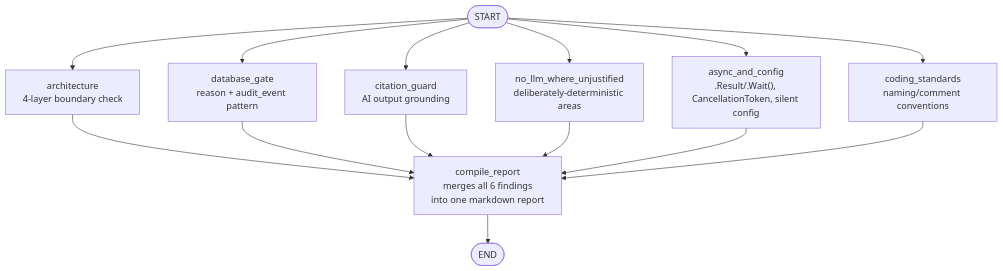
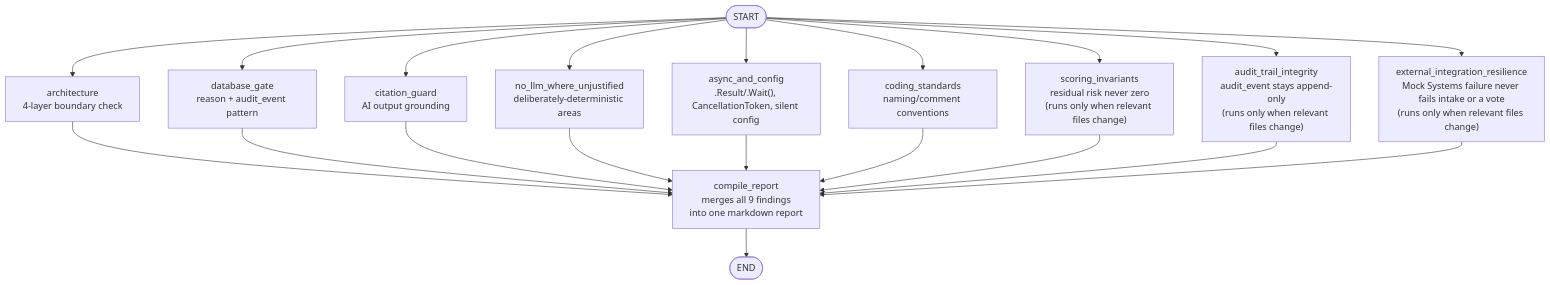
The second of 4 diagrams in docs/architecture/dev-harness.md (surajkoditala/humaid-risk-governance), drawn with Mermaid before and after one commit. The commit also changed other lines of this file and 4 other files, not shown here.

````diff
--- a/docs/architecture/dev-harness.md
+++ b/docs/architecture/dev-harness.md
@@ -48,18 +48,24 @@
 ```mermaid
 flowchart TB
     START(["START"]) --> N1["architecture<br/>4-layer boundary check"]
     START --> N2["database_gate<br/>reason + audit_event pattern"]
     START --> N3["citation_guard<br/>AI output grounding"]
     START --> N4["no_llm_where_unjustified<br/>deliberately-deterministic areas"]
     START --> N5["async_and_config<br/>.Result/.Wait(), CancellationToken, silent config"]
     START --> N6["coding_standards<br/>naming/comment conventions"]
+    START --> N7["scoring_invariants<br/>residual risk never zero<br/>(runs only when relevant files change)"]
+    START --> N8["audit_trail_integrity<br/>audit_event stays append-only<br/>(runs only when relevant files change)"]
+    START --> N9["external_integration_resilience<br/>Mock Systems failure never fails intake or a vote<br/>(runs only when relevant files change)"]
 
-    N1 --> COMPILE["compile_report<br/>merges all 6 findings<br/>into one markdown report"]
+    N1 --> COMPILE["compile_report<br/>merges all 9 findings<br/>into one markdown report"]
     N2 --> COMPILE
     N3 --> COMPILE
     N4 --> COMPILE
     N5 --> COMPILE
     N6 --> COMPILE
+    N7 --> COMPILE
+    N8 --> COMPILE
+    N9 --> COMPILE
 
     COMPILE --> END(["END"])
 ```
````
